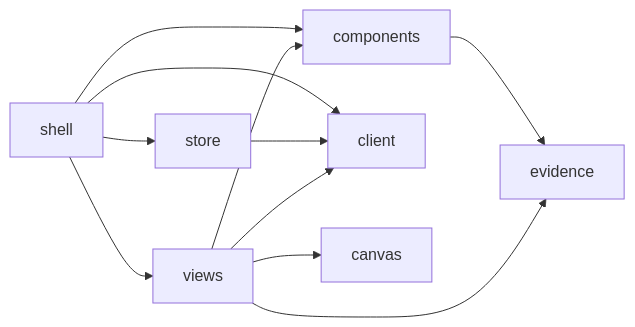
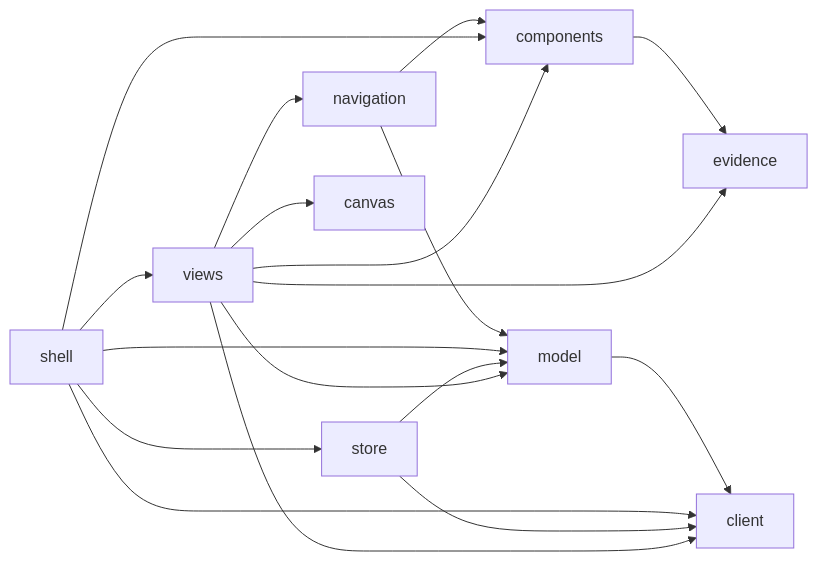
Before and after one commit to rapiddweller/archkeel: the diagram in src/archkeel/studio/ui/AGENTS.md, drawn with Mermaid. The commit also changed other lines of this file and 23 other files, not shown here.

````diff
--- a/src/archkeel/studio/ui/AGENTS.md
+++ b/src/archkeel/studio/ui/AGENTS.md
@@ -26,13 +28,20 @@
 ```mermaid
 flowchart LR
     components --> evidence
+    model --> client
+    navigation --> components
+    navigation --> model
     shell --> client
     shell --> components
+    shell --> model
     shell --> store
     shell --> views
     store --> client
+    store --> model
     views --> canvas
     views --> client
     views --> components
     views --> evidence
+    views --> model
+    views --> navigation
 ```
````
